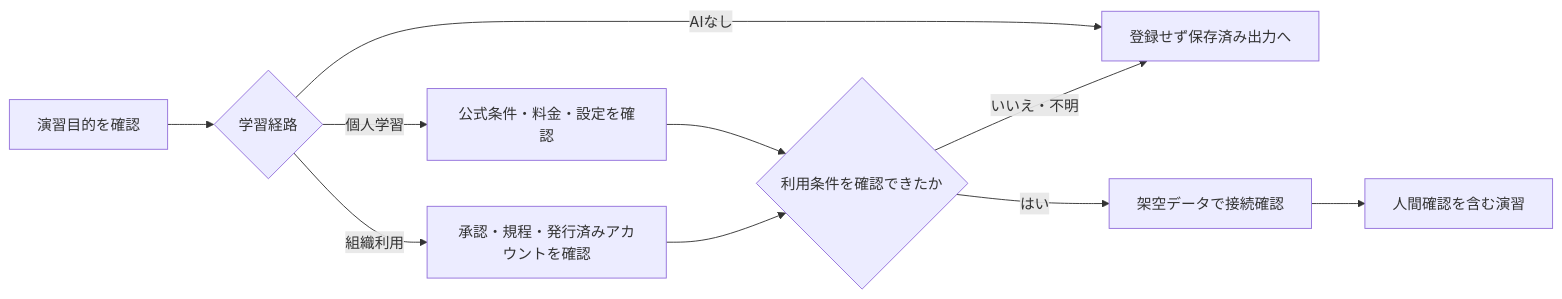
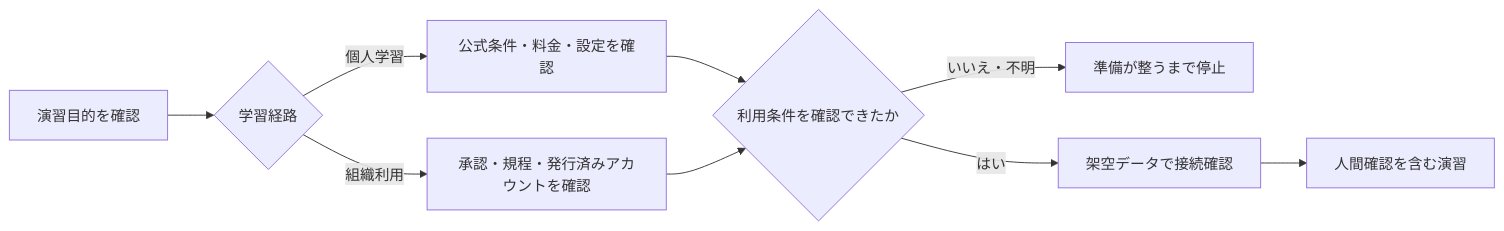
The diagram in ai-business-efficiency-instructor-content/setup/common_preparation.md (kiyo37/AI--), drawn with Mermaid before and after one commit. The commit also changed other lines of this file and 84 other files, not shown here.

````diff
--- a/ai-business-efficiency-instructor-content/setup/common_preparation.md
+++ b/ai-business-efficiency-instructor-content/setup/common_preparation.md
@@ -18,12 +18,11 @@
 ```mermaid
 flowchart LR
     A["演習目的を確認"] --> B{"学習経路"}
     B -->|個人学習| C["公式条件・料金・設定を確認"]
     B -->|組織利用| D["承認・規程・発行済みアカウントを確認"]
-    B -->|AIなし| F["登録せず保存済み出力へ"]
     C --> E{"利用条件を確認できたか"}
     D --> E
-    E -->|いいえ・不明| F["登録せず保存済み出力へ"]
+    E -->|いいえ・不明| F["準備が整うまで停止"]
     E -->|はい| G["架空データで接続確認"]
     G --> H["人間確認を含む演習"]
 ```
````
